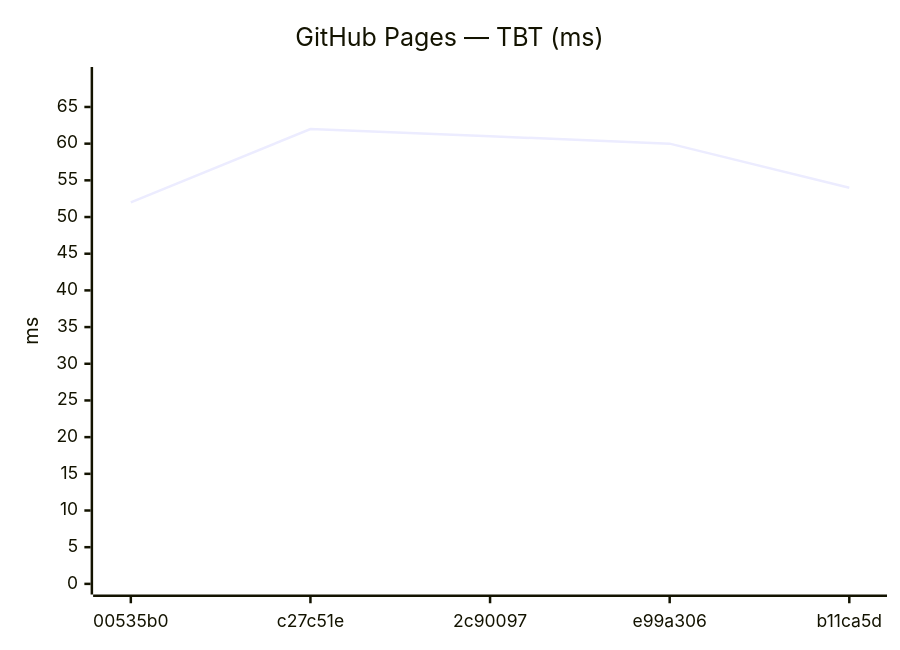
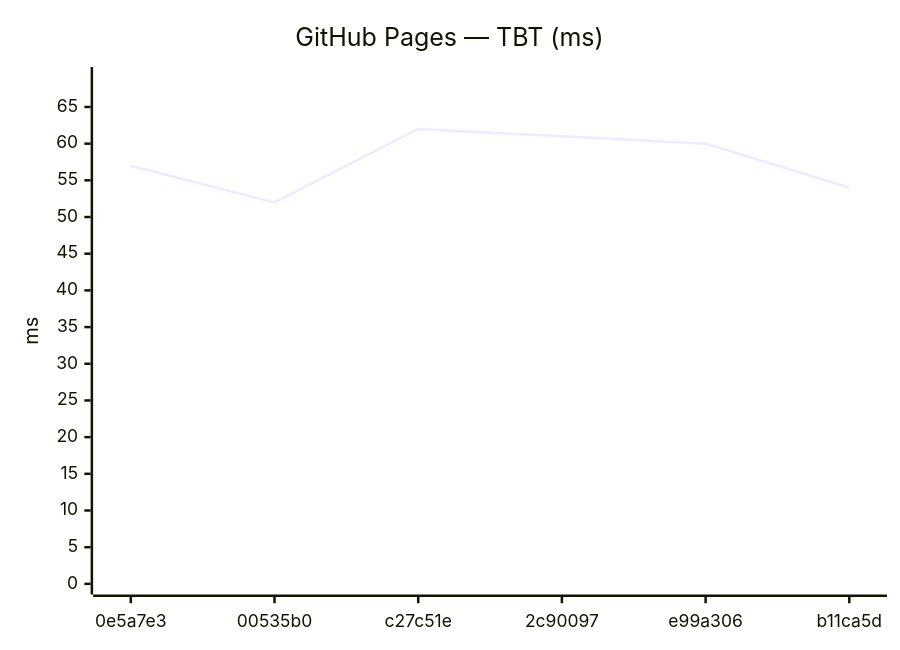
Before and after one commit to Metaheurist/Rianell: the fourth of 24 diagrams in benchmarks/compare.md, drawn with Mermaid. The commit also changed other lines of this file and 12 other files, not shown here.

````diff
--- a/benchmarks/compare.md
+++ b/benchmarks/compare.md
@@ -51,7 +53,7 @@
 ```mermaid
 xychart-beta
     title "GitHub Pages — TBT (ms)"
-    x-axis ["00535b0", "c27c51e", "2c90097", "e99a306", "b11ca5d"]
+    x-axis ["0e5a7e3", "00535b0", "c27c51e", "2c90097", "e99a306", "b11ca5d"]
     y-axis "ms" 0 --> 69
-    line [52, 62, 61, 60, 54]
+    line [57, 52, 62, 61, 60, 54]
 ```
````
